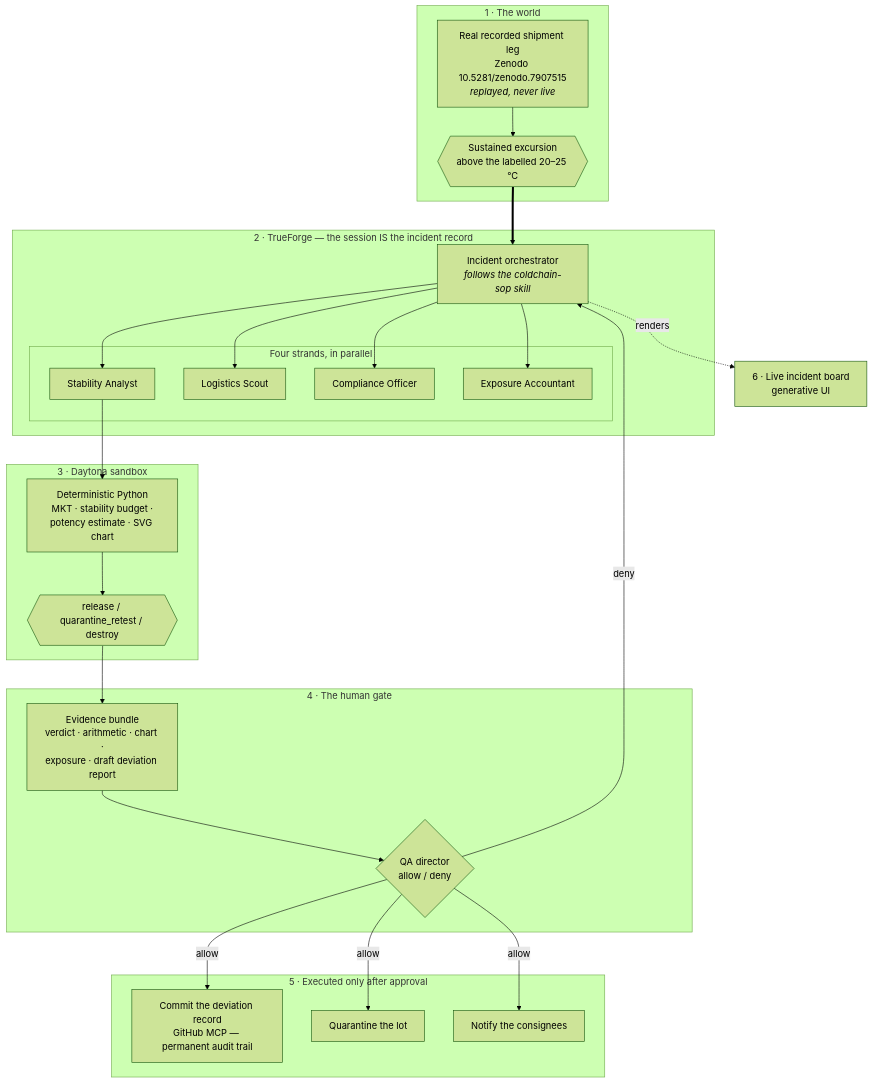
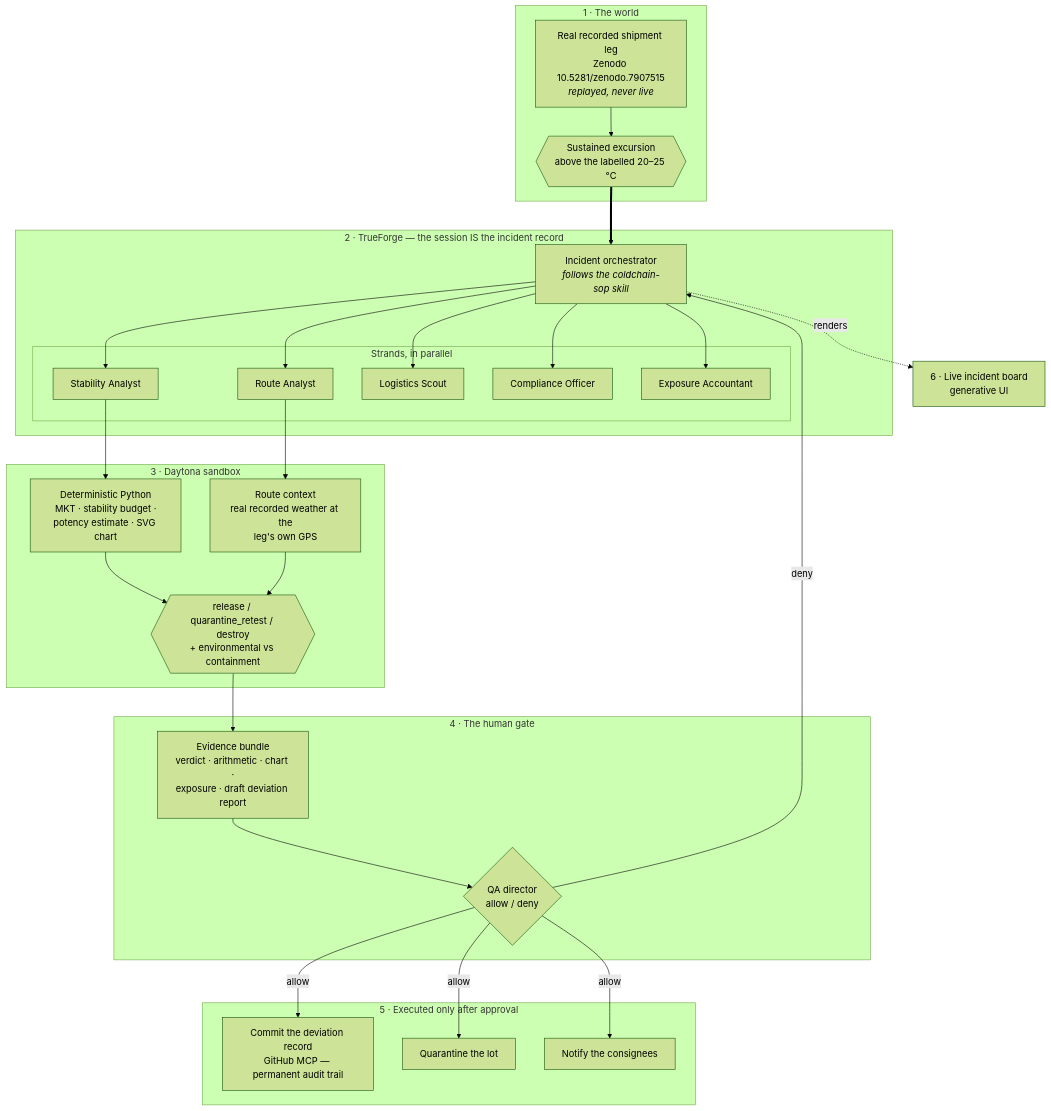
One commit to Mulaydm10/ColdCall changed the diagram in README.md. Above: the diagram before and after it, drawn with Mermaid (forest theme). The commit also changed other lines of this file and 3 other files, not shown here.

````diff
--- a/README.md
+++ b/README.md
@@ -57,44 +64,48 @@
 ```mermaid
 flowchart TB
     subgraph W["1 · The world"]
         TEL["Real recorded shipment leg<br/>Zenodo 10.5281/zenodo.7907515<br/><i>replayed, never live</i>"]
         EXC{{"Sustained excursion<br/>above the labelled 20–25 °C"}}
         TEL --> EXC
     end
 
     subgraph H["2 · TrueForge — the session IS the incident record"]
         ORCH["Incident orchestrator<br/><i>follows the coldchain-sop skill</i>"]
-        subgraph S["Four strands, in parallel"]
+        subgraph S["Strands, in parallel"]
             S1["Stability Analyst"]
+            S5["Route Analyst"]
             S2["Logistics Scout"]
             S3["Compliance Officer"]
             S4["Exposure Accountant"]
         end
-        ORCH --> S1 & S2 & S3 & S4
+        ORCH --> S1 & S5 & S2 & S3 & S4
     end
 
     subgraph D["3 · Daytona sandbox"]
         MATH["Deterministic Python<br/>MKT · stability budget ·<br/>potency estimate · SVG chart"]
-        V{{"release / quarantine_retest / destroy"}}
+        WHY["Route context<br/>real recorded weather at the<br/>leg's own GPS"]
+        V{{"release / quarantine_retest / destroy<br/>+ environmental vs containment"}}
         MATH --> V
+        WHY --> V
     end
     S1 --> MATH
+    S5 --> WHY
 
     subgraph G["4 · The human gate"]
         BUNDLE["Evidence bundle<br/>verdict · arithmetic · chart ·<br/>exposure · draft deviation report"]
         HUM{"QA director<br/>allow / deny"}
         BUNDLE --> HUM
     end
     V --> BUNDLE
 
     subgraph A["5 · Executed only after approval"]
         A1["Commit the deviation record<br/>GitHub MCP — permanent audit trail"]
         A2["Quarantine the lot"]
         A3["Notify the consignees"]
     end
     HUM -- allow --> A1 & A2 & A3
     HUM -- deny --> ORCH
 
     EXC ==> ORCH
     ORCH -.renders.-> BOARD["6 · Live incident board<br/>generative UI"]
 ```
````
